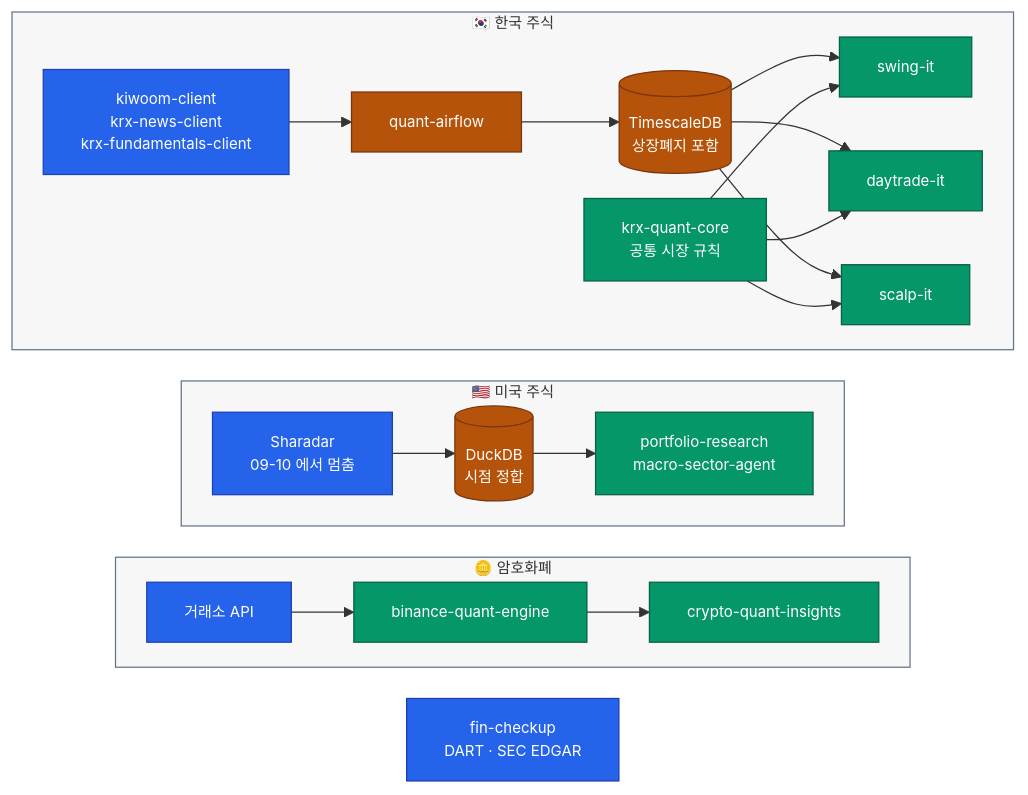
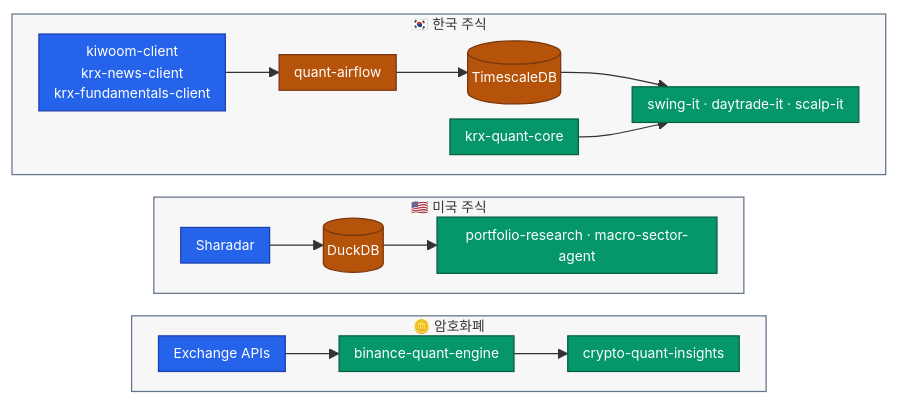
Before and after one commit to younghwan91/younghwan91: the diagram in README.ko.md, drawn with Mermaid. The commit also changed other lines of this file and 1 other file, not shown here.

Commit message:
docs(readme): 다이어그램 축소 — 리서치 레포를 노드 하나로, 보조 설명·fin-checkup 노드 제거
노드 16개 → 11개. fin-checkup 은 다이어그램 아래 설명으로 옮기고, 글자·간격·여백을 더 좁힌다.

````diff
--- a/README.ko.md
+++ b/README.ko.md
@@ -21,38 +21,33 @@
 ```mermaid
-%%{init: {"flowchart": {"useMaxWidth": false, "nodeSpacing": 20, "rankSpacing": 25}, "themeVariables": {"fontSize": "12px"}}}%%
+%%{init: {"flowchart": {"useMaxWidth": false, "nodeSpacing": 12, "rankSpacing": 18, "padding": 6}, "themeVariables": {"fontSize": "11px"}}}%%
 flowchart TB
     subgraph KR ["🇰🇷 한국 주식"]
         direction LR
-        SRC["kiwoom-client<br/>krx-news-client<br/>krx-fundamentals-client"] --> AF["quant-airflow"] --> DB[("TimescaleDB<br/>상장폐지 포함")]
-        DB --> SW["swing-it"]
-        DB --> DT["daytrade-it"]
-        DB --> SC["scalp-it"]
-        KC["krx-quant-core<br/>공통 시장 규칙"] --> SW & DT & SC
+        SRC["kiwoom-client<br/>krx-news-client<br/>krx-fundamentals-client"] --> AF["quant-airflow"] --> DB[("TimescaleDB")] --> RS["swing-it · daytrade-it · scalp-it"]
+        KC["krx-quant-core"] --> RS
     end
 
     subgraph US ["🇺🇸 미국 주식"]
         direction LR
-        SH["Sharadar<br/>09-10 에서 멈춤"] --> DD[("DuckDB<br/>시점 정합")] --> PR["portfolio-research<br/>macro-sector-agent"]
+        SH["Sharadar"] --> DD[("DuckDB")] --> PR["portfolio-research · macro-sector-agent"]
     end
 
     subgraph CX ["🪙 암호화폐"]
         direction LR
-        EX["거래소 API"] --> CR["binance-quant-engine"] --> CI["crypto-quant-insights"]
+        EX["Exchange APIs"] --> CR["binance-quant-engine"] --> CI["crypto-quant-insights"]
     end
 
-    FC["fin-checkup<br/>DART · SEC EDGAR"]
-
-    KR ~~~ US ~~~ CX ~~~ FC
+    KR ~~~ US ~~~ CX
 
     classDef source fill:#2563EB,stroke:#1E40AF,color:#FFFFFF
     classDef move   fill:#B45309,stroke:#78350F,color:#FFFFFF
     classDef out    fill:#059669,stroke:#065F46,color:#FFFFFF
 
-    class SRC,SH,EX,FC source
+    class SRC,SH,EX source
     class AF,DB,DD move
-    class SW,DT,SC,KC,PR,CR,CI out
+    class RS,KC,PR,CR,CI out
 
     style KR fill:#0F172A08,stroke:#64748B
     style US fill:#0F172A08,stroke:#64748B
     style CX fill:#0F172A08,stroke:#64748B
 ```
````
